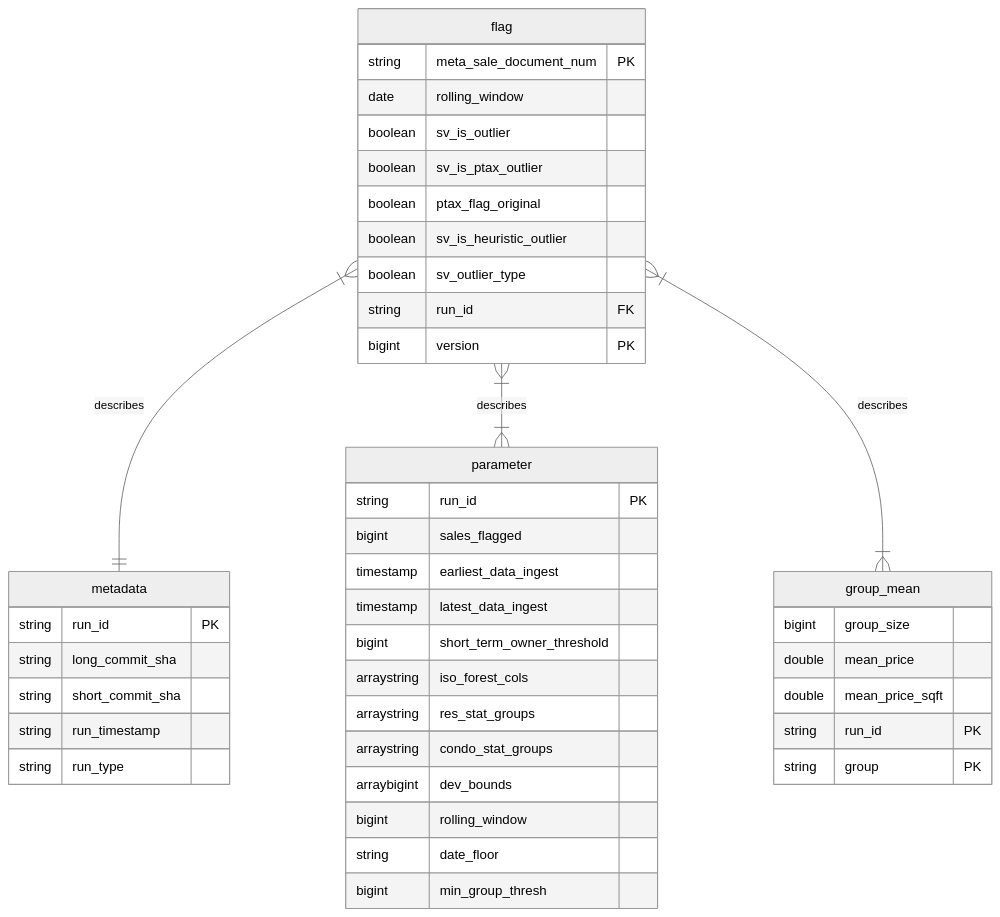
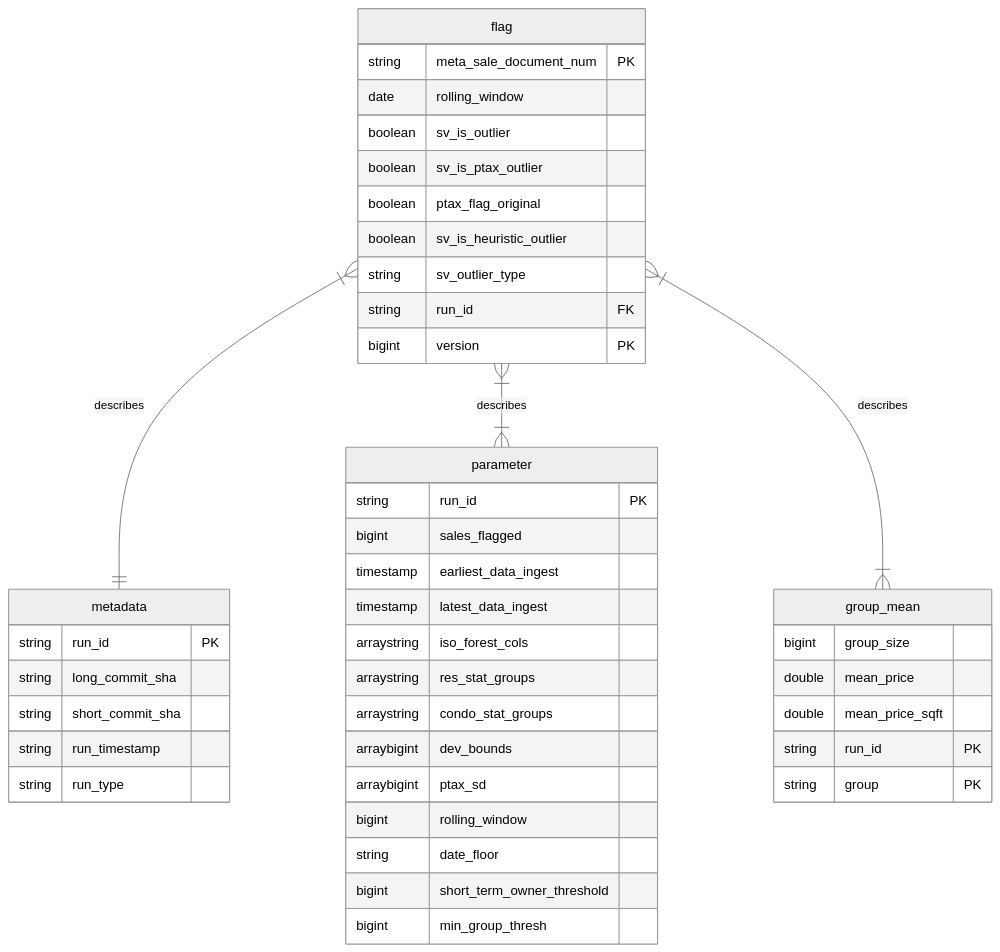
The first of 3 diagrams in README.md (ccao-data/model-sales-val), drawn with Mermaid (neutral theme) before and after one commit. The commit also changed other lines of this file, not shown here.

First line of the commit message:
Expand readme diagrams and documentation (#74)

````diff
--- a/README.md
+++ b/README.md
@@ -58,48 +162,49 @@
 ```mermaid
 erDiagram
     flag }|--|| metadata : describes
     flag }|--|{ parameter : describes
     flag }|--|{ group_mean : describes
 
     flag {
         string meta_sale_document_num PK
         date rolling_window
         boolean sv_is_outlier
         boolean sv_is_ptax_outlier
         boolean ptax_flag_original
         boolean sv_is_heuristic_outlier
-        boolean sv_outlier_type
+        string sv_outlier_type
         string run_id FK
         bigint version PK
 
     }
     metadata {
         string run_id PK
         string long_commit_sha
         string short_commit_sha
         string run_timestamp
         string run_type
     }
     parameter {
         string run_id PK
         bigint sales_flagged
         timestamp earliest_data_ingest
         timestamp latest_data_ingest
-        bigint short_term_owner_threshold
         arraystring iso_forest_cols
         arraystring res_stat_groups
         arraystring condo_stat_groups
         arraybigint dev_bounds
+        arraybigint ptax_sd
         bigint rolling_window
         string date_floor
+        bigint short_term_owner_threshold
         bigint min_group_thresh
     }
 
     group_mean {
         bigint group_size
         double mean_price
         double mean_price_sqft
         string run_id PK
         string group PK
     }
 ```
````
